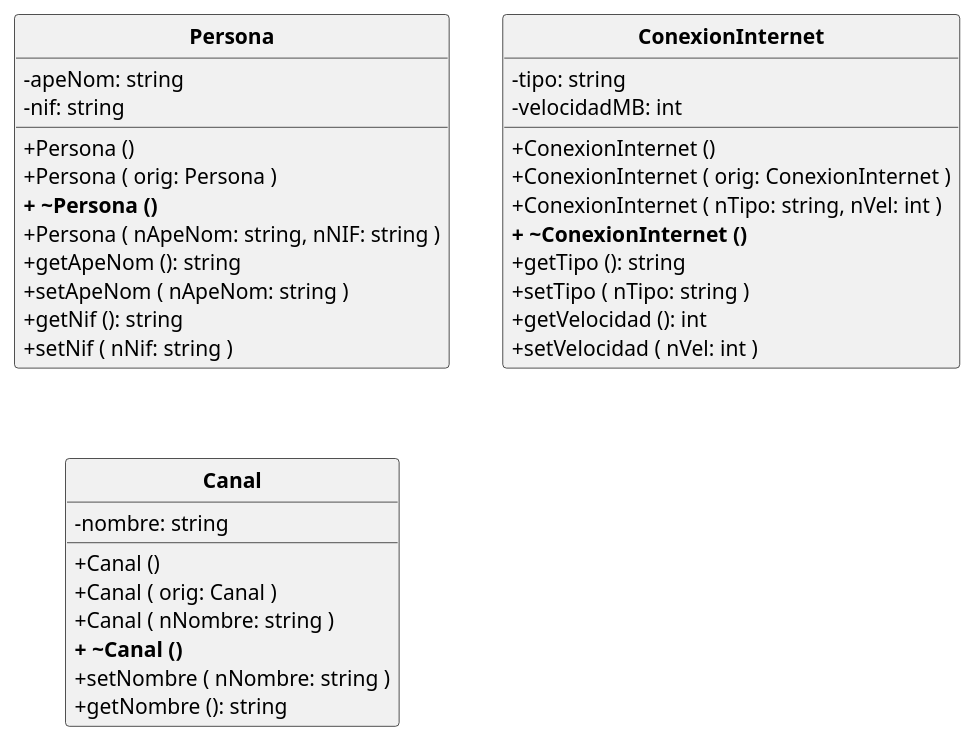
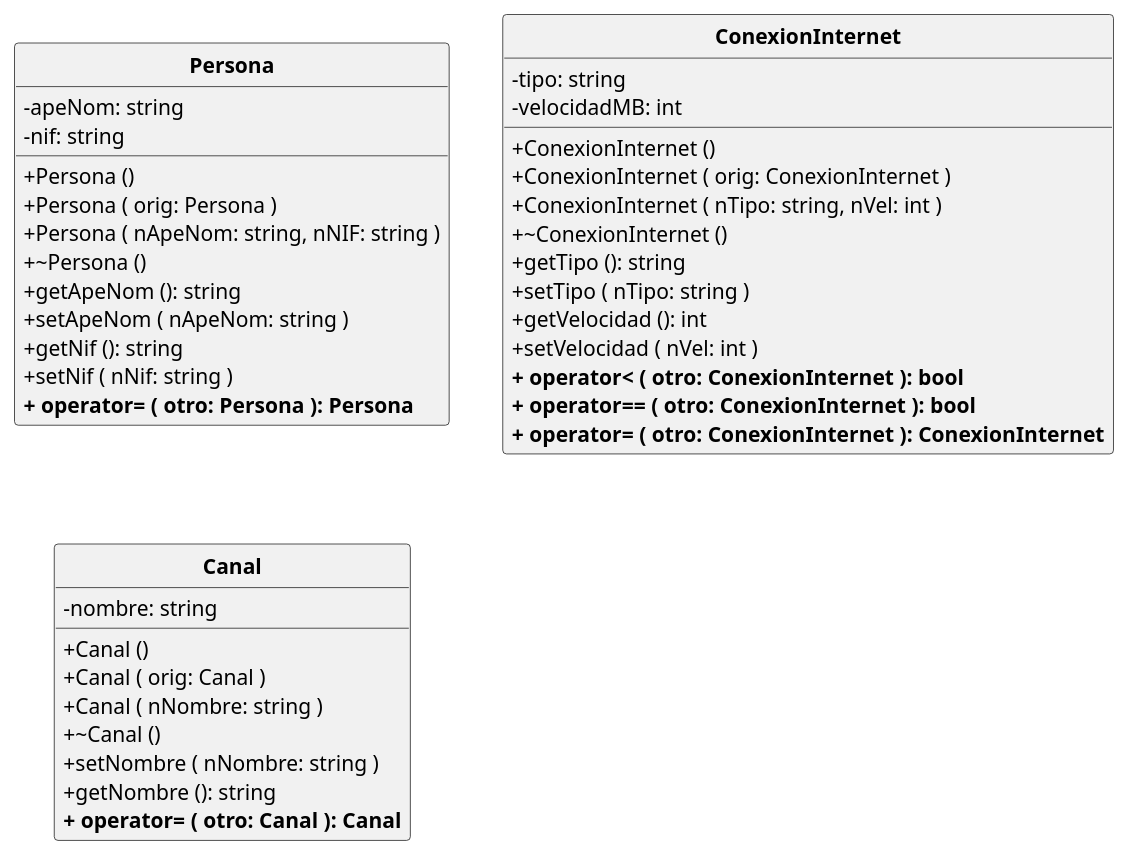
The diagram in PooFusion.puml (POOUJA/PooFusion), drawn with PlantUML before and after one commit. The commit also changed 1 other file, not shown here.

Commit message:
UML para la sesión 2_4
- Añadidos los diagramas de clases en formato PlantUML y UMLet

```diff
--- a/PooFusion.puml
+++ b/PooFusion.puml
@@ -1,43 +1,48 @@
 @startuml
 
 hide circle
 skinparam classattributeiconsize 0
 skinparam classFontStyle bold
 
 class Persona {
  - apeNom: string
  - nif: string
  + Persona ()
  + Persona ( orig: Persona )
- <b>+ ~Persona ()
  + Persona ( nApeNom: string, nNIF: string )
+ + ~Persona ()
  + getApeNom (): string
  + setApeNom ( nApeNom: string )
  + getNif (): string
  + setNif ( nNif: string )
+ <b>+ operator= ( otro: Persona ): Persona
 }
 
 class ConexionInternet {
  - tipo: string
  - velocidadMB: int
  + ConexionInternet ()
  + ConexionInternet ( orig: ConexionInternet )
  + ConexionInternet ( nTipo: string, nVel: int )
- <b>+ ~ConexionInternet ()
+ + ~ConexionInternet ()
  + getTipo (): string
  + setTipo ( nTipo: string )
  + getVelocidad (): int
  + setVelocidad ( nVel: int )
+ <b>+ operator< ( otro: ConexionInternet ): bool
+ <b>+ operator== ( otro: ConexionInternet ): bool
+ <b>+ operator= ( otro: ConexionInternet ): ConexionInternet
 }
 
 class Canal {
  - nombre: string
  + Canal ()
  + Canal ( orig: Canal )
  + Canal ( nNombre: string )
- <b>+ ~Canal ()
+ + ~Canal ()
  + setNombre ( nNombre: string )
  + getNombre (): string
+ <b>+ operator= ( otro: Canal ): Canal
 }
 
 @enduml
```
